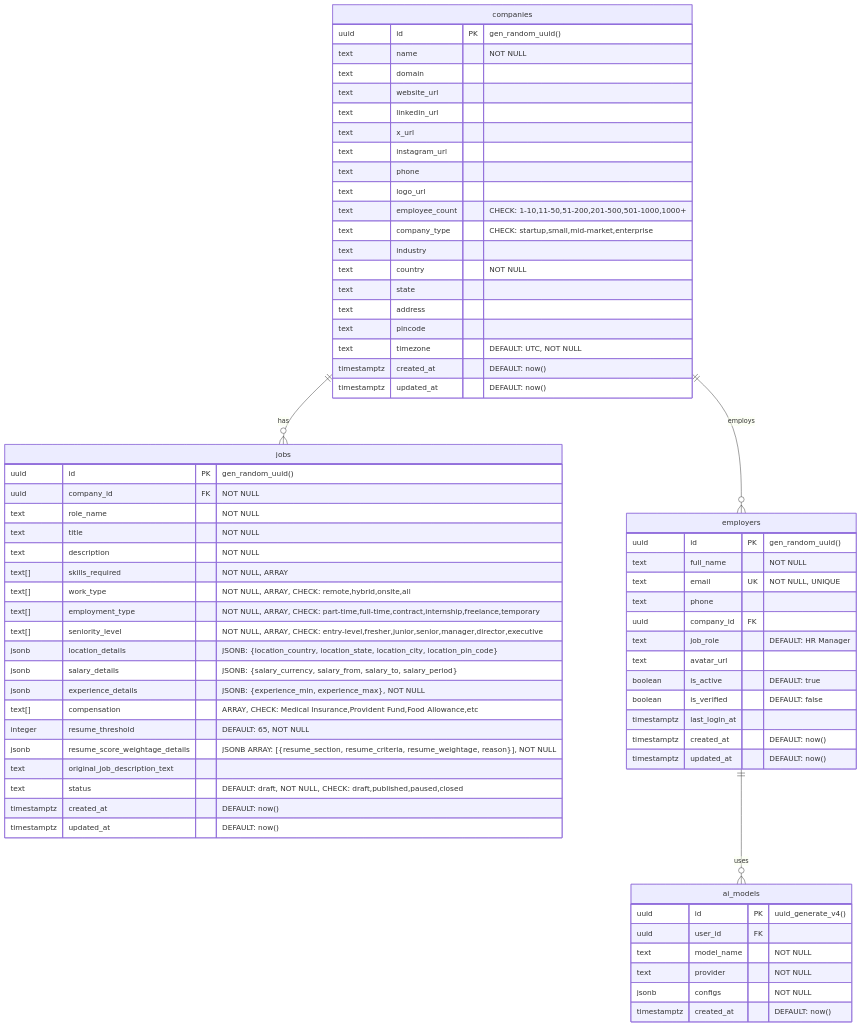
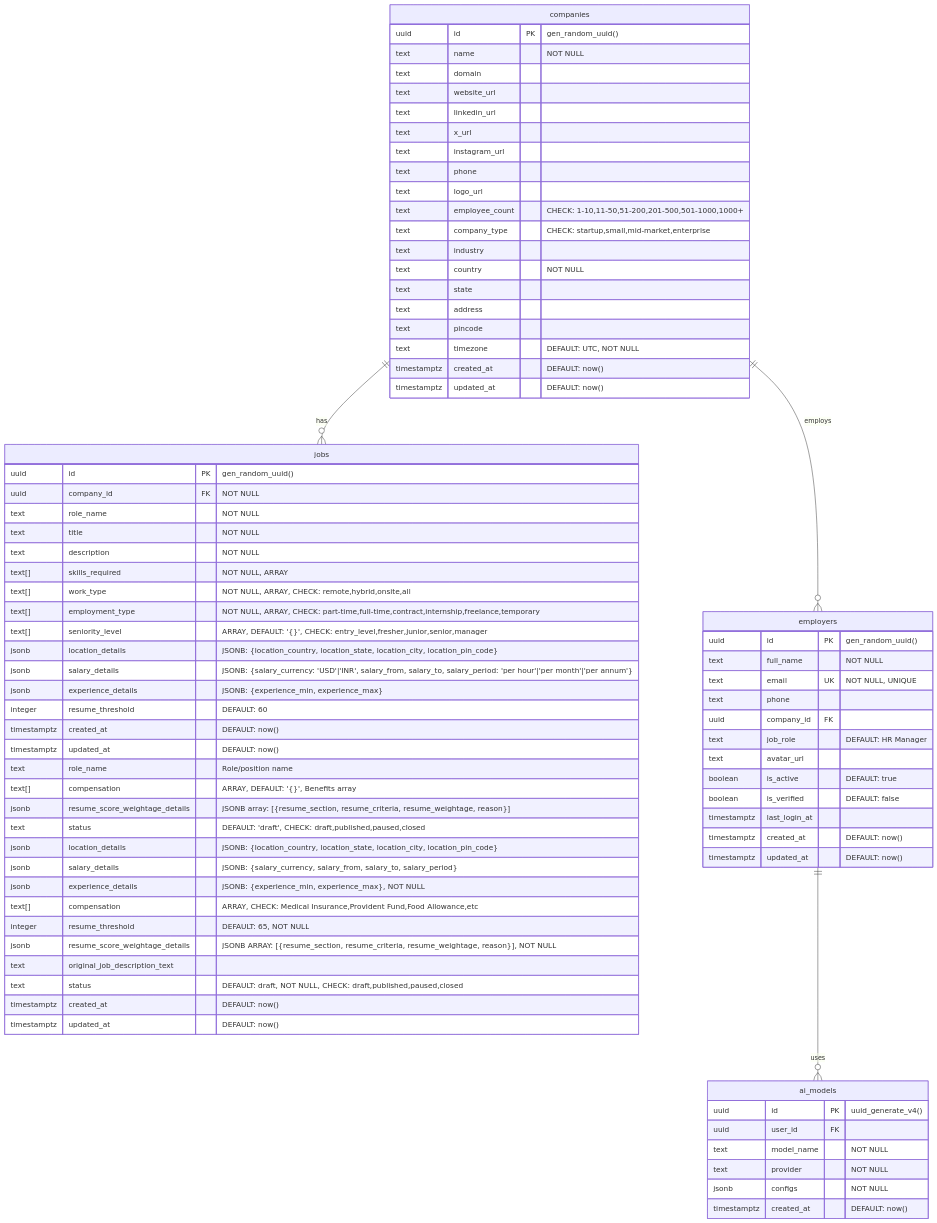
One commit to Lernexia/upzella-p3 changed the diagram in db.md. Above: the diagram before and after it, drawn with Mermaid. The commit also changed other lines of this file and 50 other files, not shown here.

```diff
--- a/db.md
+++ b/db.md
@@ -55,7 +55,17 @@
         text[] skills_required "NOT NULL, ARRAY"
         text[] work_type "NOT NULL, ARRAY, CHECK: remote,hybrid,onsite,all"
         text[] employment_type "NOT NULL, ARRAY, CHECK: part-time,full-time,contract,internship,freelance,temporary"
-        text[] seniority_level "NOT NULL, ARRAY, CHECK: entry-level,fresher,junior,senior,manager,director,executive"
+        text[] seniority_level "ARRAY, DEFAULT: '{}', CHECK: entry_level,fresher,junior,senior,manager"
+        jsonb location_details "JSONB: {location_country, location_state, location_city, location_pin_code}"
+        jsonb salary_details "JSONB: {salary_currency: 'USD'|'INR', salary_from, salary_to, salary_period: 'per hour'|'per month'|'per annum'}"
+        jsonb experience_details "JSONB: {experience_min, experience_max}"
+        integer resume_threshold "DEFAULT: 60"
+        timestamptz created_at "DEFAULT: now()"
+        timestamptz updated_at "DEFAULT: now()"
+        text role_name "Role/position name"
+        text[] compensation "ARRAY, DEFAULT: '{}', Benefits array"
+        jsonb resume_score_weightage_details "JSONB array: [{resume_section, resume_criteria, resume_weightage, reason}]"
+        text status "DEFAULT: 'draft', CHECK: draft,published,paused,closed"
         jsonb location_details "JSONB: {location_country, location_state, location_city, location_pin_code}"
         jsonb salary_details "JSONB: {salary_currency, salary_from, salary_to, salary_period}"
         jsonb experience_details "JSONB: {experience_min, experience_max}, NOT NULL"
```
